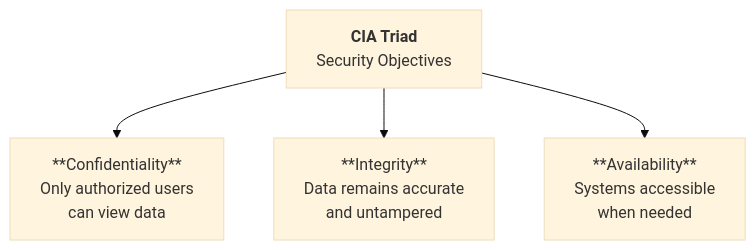
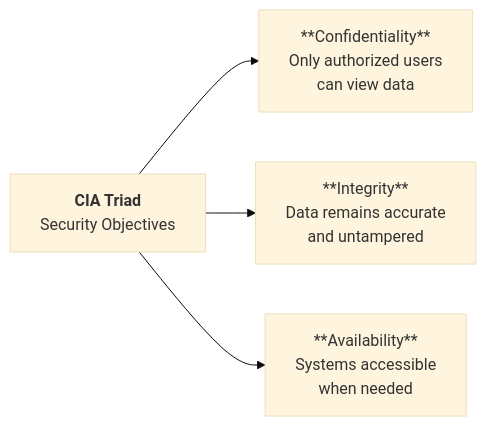
The third of 6 diagrams in docs/projects/blogs/security/security_architecture/0_overview.md (sujith-eag/sujith-library), drawn with Mermaid (base theme) before and after one commit. The commit also changed other lines of this file, not shown here.

Commit message:
Enhance cybersecurity architecture overview with additional credit and source information, and refine detection and response domain descriptions for clarity.

````diff
--- a/docs/projects/blogs/security/security_architecture/0_overview.md
+++ b/docs/projects/blogs/security/security_architecture/0_overview.md
@@ -92,17 +87,17 @@
 ```mermaid
-flowchart TD
+flowchart LR
     CIA["`**CIA Triad**
     Security Objectives`"]
     
     CIA --> C[**Confidentiality**
     Only authorized users
     can view data]
     
     CIA --> I[**Integrity**
     Data remains accurate
     and untampered]
     
     CIA --> A[**Availability**
     Systems accessible
     when needed]
 ```
````
